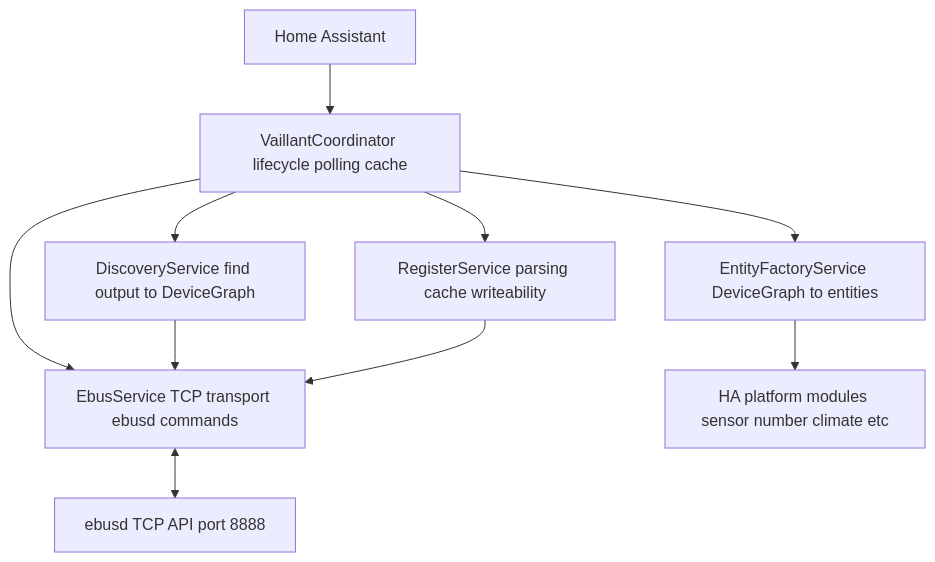
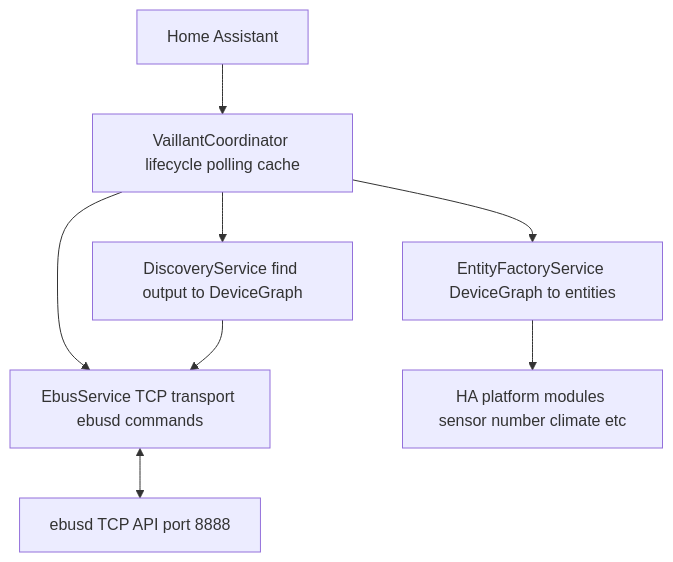
One commit to MarkBovee/vaillant-ebus changed the second of 2 diagrams in README.md. Above: the diagram before and after it, drawn with Mermaid. The commit also changed other lines of this file and 39 other files, not shown here.

````diff
--- a/README.md
+++ b/README.md
@@ -43,21 +43,18 @@
 ```mermaid
 graph TD
   HA[Home Assistant]
   C[VaillantCoordinator lifecycle polling cache]
   E[EbusService TCP transport ebusd commands]
   D[DiscoveryService find output to DeviceGraph]
-  R[RegisterService parsing cache writeability]
   F[EntityFactoryService DeviceGraph to entities]
   P[HA platform modules sensor number climate etc]
   B[ebusd TCP API port 8888]
 
   HA --> C
   C --> E
   C --> D
-  C --> R
   C --> F
   E <--> B
   D --> E
-  R --> E
   F --> P
 ```
````
